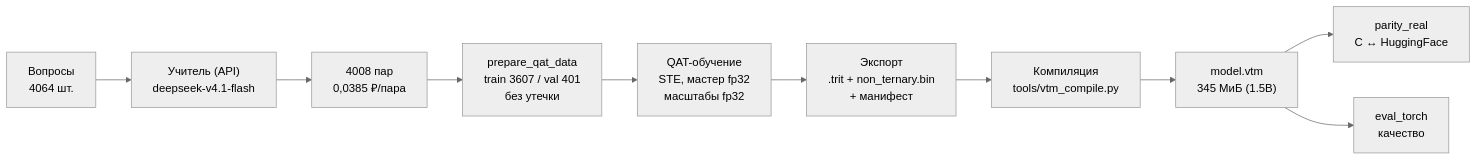
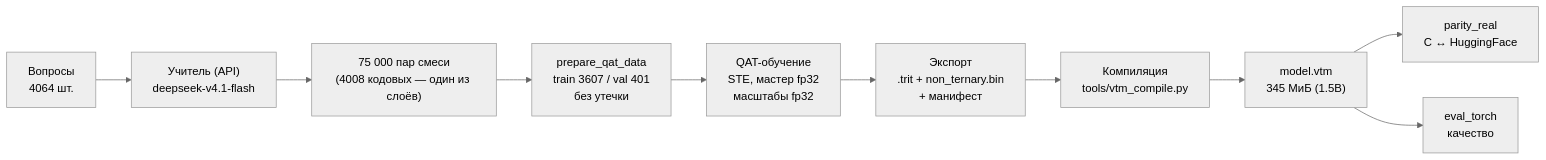
One commit to agentcity/eva32 changed the fourth of 4 diagrams in docs/architecture.md. Above: the diagram before and after it, drawn with Mermaid (neutral theme). The commit also changed other lines of this file and 30 other files, not shown here.

````diff
--- a/docs/architecture.md
+++ b/docs/architecture.md
@@ -179,12 +184,12 @@
 ```mermaid
 flowchart LR
     Q["Вопросы<br/>4064 шт."] --> T["Учитель (API)<br/>deepseek-v4.1-flash"]
-    T --> D["4008 пар<br/>0,0385 ₽/пара"]
+    T --> D["75 000 пар смеси<br/>(4008 кодовых — один из слоёв)"]
     D --> P["prepare_qat_data<br/>train 3607 / val 401<br/>без утечки"]
     P --> QAT["QAT-обучение<br/>STE, мастер fp32<br/>масштабы fp32"]
     QAT --> E["Экспорт<br/>.trit + non_ternary.bin<br/>+ манифест"]
     E --> C["Компиляция<br/>tools/vtm_compile.py"]
     C --> V["model.vtm<br/>345 МиБ (1.5B)"]
     V --> P2["parity_real<br/>C ↔ HuggingFace"]
     V --> EV["eval_torch<br/>качество"]
 ```
````
